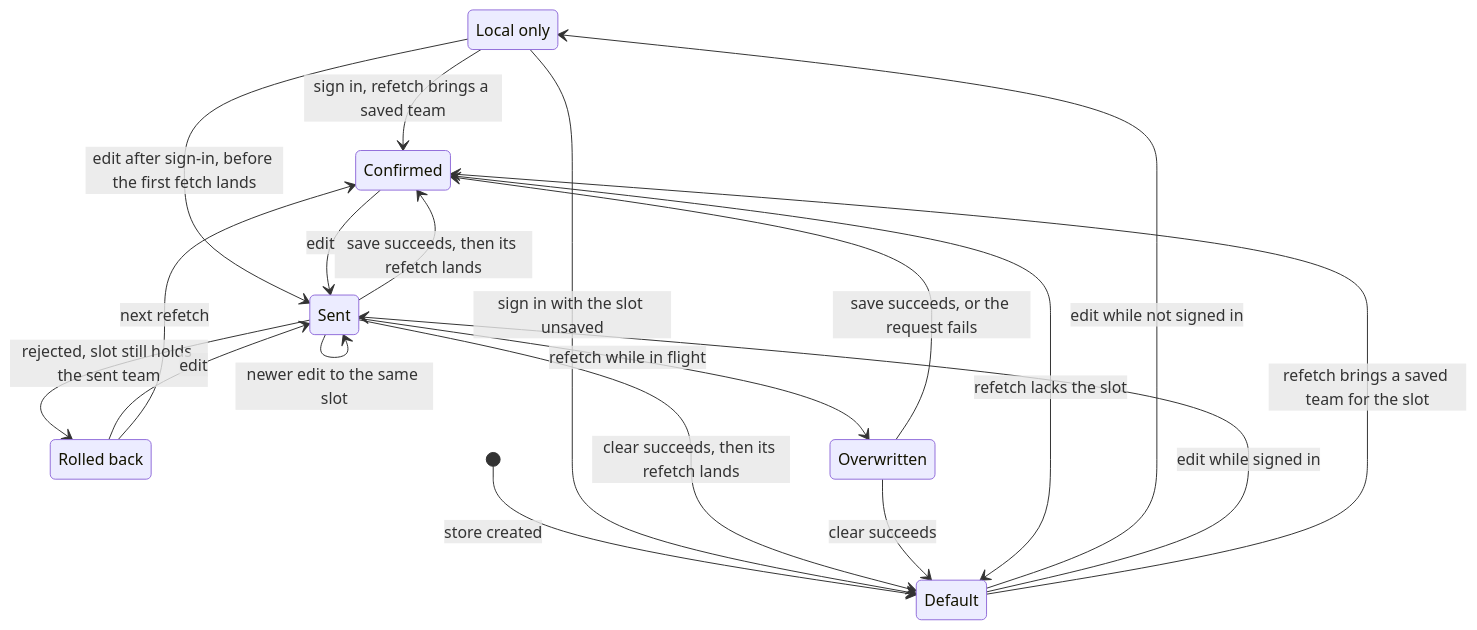
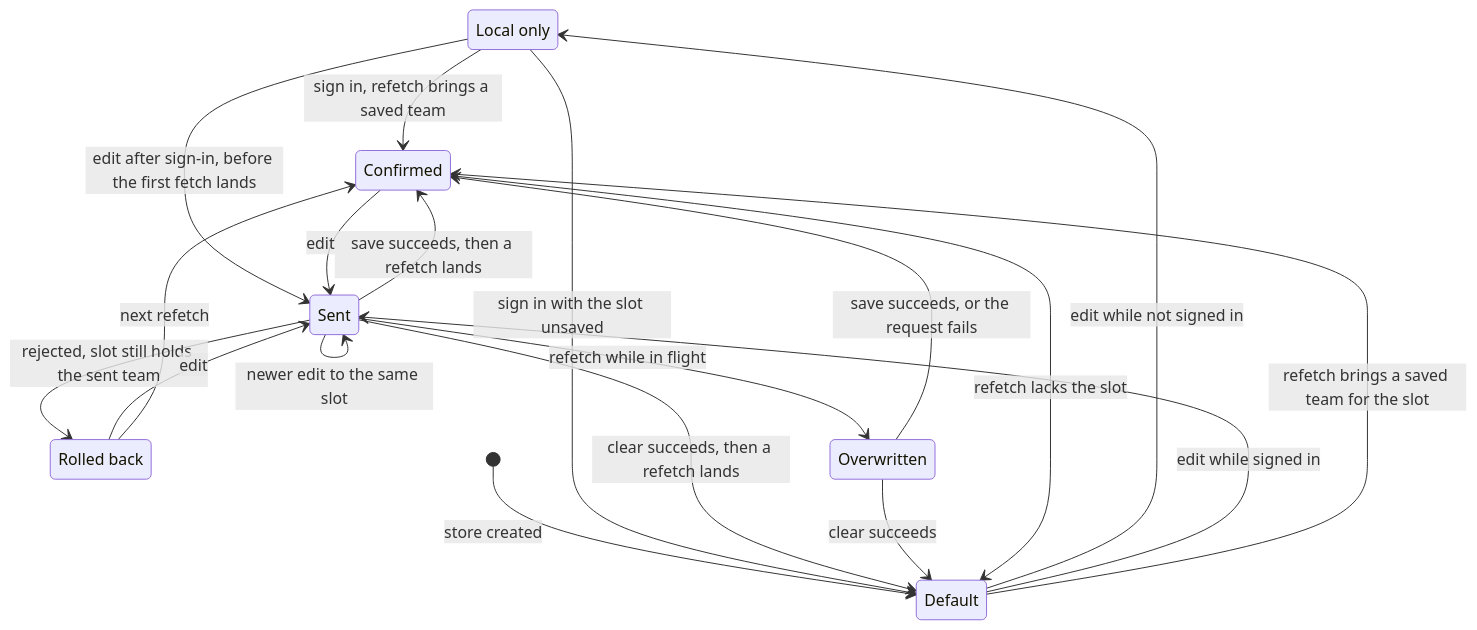
Before and after one commit to dungeon-studio/genshin.dungeon.studio: the third of 3 diagrams in docs/reference/data-flow-lifecycles.md, drawn with Mermaid. The commit also changed other lines of this file and 10 other files, not shown here.

````diff
--- a/docs/reference/data-flow-lifecycles.md
+++ b/docs/reference/data-flow-lifecycles.md
@@ -119,25 +122,25 @@
 ```mermaid
 stateDiagram-v2
   state "Local only" as LocalOnly
   state "Rolled back" as RolledBack
   state "Default" as DefaultTeam
 
   [*] --> DefaultTeam: store created
   DefaultTeam --> LocalOnly: edit while not signed in
   DefaultTeam --> Sent: edit while signed in
   DefaultTeam --> Confirmed: refetch brings a saved team for the slot
   LocalOnly --> Confirmed: sign in, refetch brings a saved team
   LocalOnly --> Sent: edit after sign-in, before the first fetch lands
   LocalOnly --> DefaultTeam: sign in with the slot unsaved
   Sent --> Sent: newer edit to the same slot
-  Sent --> Confirmed: save succeeds, then its refetch lands
-  Sent --> DefaultTeam: clear succeeds, then its refetch lands
+  Sent --> Confirmed: save succeeds, then a refetch lands
+  Sent --> DefaultTeam: clear succeeds, then a refetch lands
   Sent --> RolledBack: rejected, slot still holds the sent team
   Sent --> Overwritten: refetch while in flight
   Overwritten --> Confirmed: save succeeds, or the request fails
   Overwritten --> DefaultTeam: clear succeeds
   Confirmed --> Sent: edit
   Confirmed --> DefaultTeam: refetch lacks the slot
   RolledBack --> Sent: edit
   RolledBack --> Confirmed: next refetch
 ```
````
